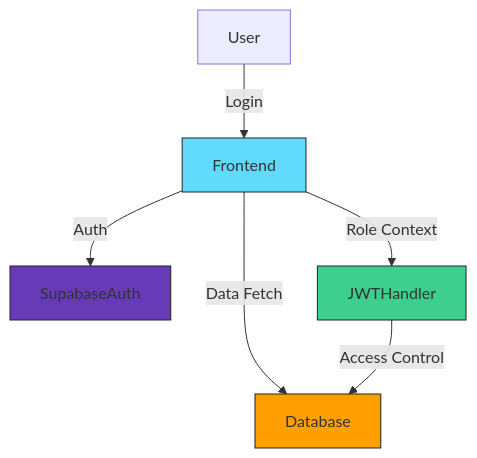
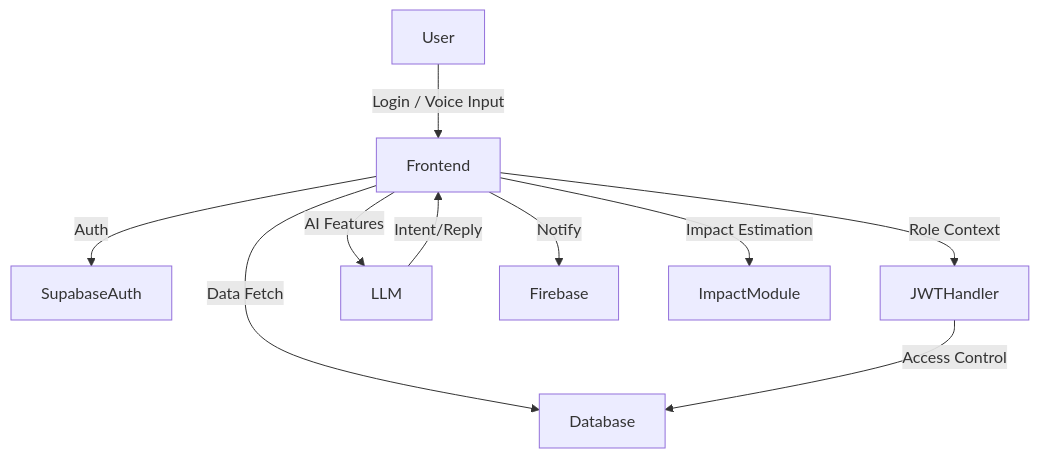
One commit to Aashi-25/AshBrick changed the diagram in README.md. Above: the diagram before and after it, drawn with Mermaid. The commit also changed other lines of this file, not shown here.

````diff
--- a/README.md
+++ b/README.md
@@ -179,18 +179,12 @@
 ```mermaid
 graph TD
-  User[User] -->|Login| Frontend
+  User[User] -->|Login / Voice Input| Frontend
   Frontend -->|Auth| SupabaseAuth
   Frontend -->|Data Fetch| Database
   Frontend -->|Role Context| JWTHandler
   JWTHandler -->|Access Control| Database
-
-  classDef frontend fill:#61dafb,stroke:#222;
-  classDef backend fill:#3ECF8E,stroke:#222;
-  classDef db fill:#ffa000,stroke:#222;
-  classDef auth fill:#673ab7,stroke:#222;
-
-  class Frontend frontend
-  class SupabaseAuth auth
-  class Database db
-  class JWTHandler backend
+  Frontend -->|AI Features| LLM
+  LLM -->|Intent/Reply| Frontend
+  Frontend -->|Notify| Firebase
+  Frontend -->|Impact Estimation| ImpactModule
 ```
````
